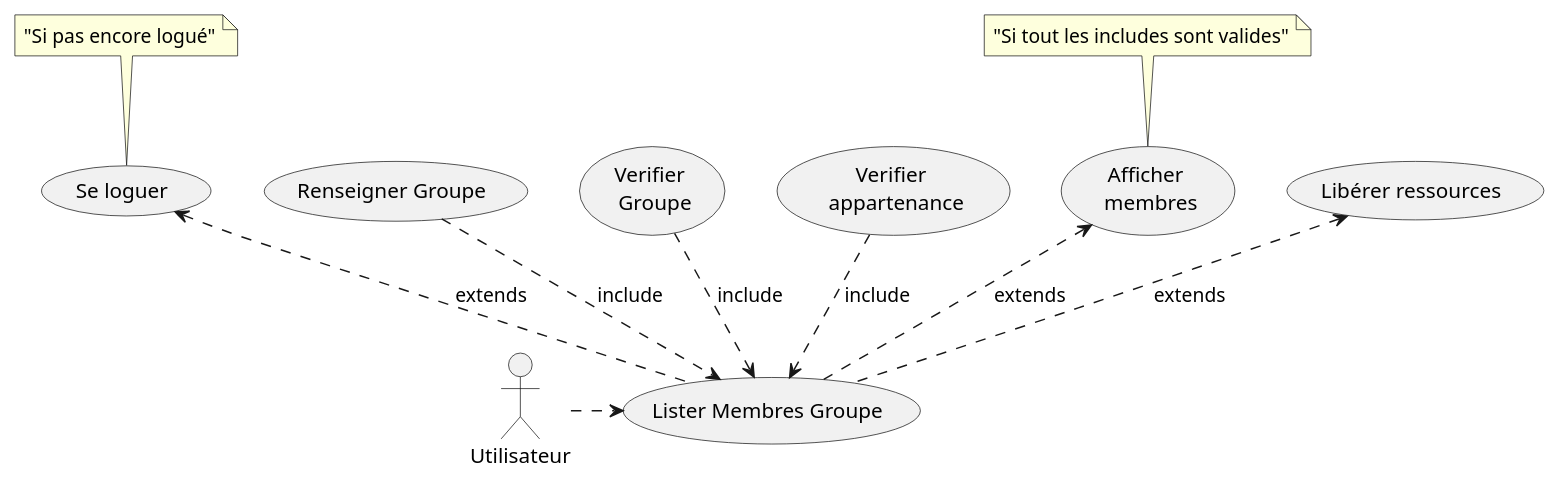
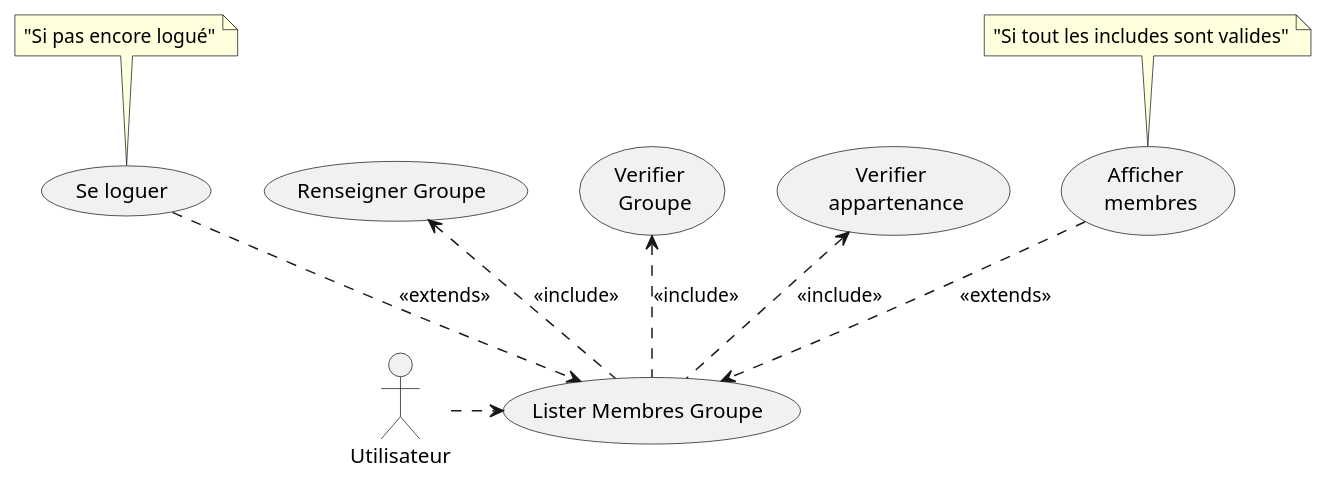
One commit to clementfvrl/projet_linux changed the diagram in docs/use_cases/ListerMembresGroupe.puml. Above: the diagram before and after it, drawn with PlantUML. The commit also changed 10 other files, not shown here.

```diff
--- a/docs/use_cases/ListerMembresGroupe.puml
+++ b/docs/use_cases/ListerMembresGroupe.puml
@@ -1,18 +1,17 @@
 @startuml
 
 actor Utilisateur as User
 
-(Se loguer) <.. (Lister Membres Groupe) : extends
+(Se loguer) ..> (Lister Membres Groupe) : << extends >>
 
 note top of (Se loguer) : "Si pas encore logué"
 
 (User) .> (Lister Membres Groupe)
 
-(Renseigner Groupe) ..> (Lister Membres Groupe) : include
-(Verifier \n Groupe) ..> (Lister Membres Groupe) : include
-(Verifier \n appartenance)..>(Lister Membres Groupe) : include
-(Afficher \n membres) <.. (Lister Membres Groupe) : extends
+(Renseigner Groupe) <.. (Lister Membres Groupe) : << include >>
+(Verifier \n Groupe) <.. (Lister Membres Groupe) : << include >>
+(Verifier \n appartenance) <.. (Lister Membres Groupe) : << include >>
+(Afficher \n membres) ..> (Lister Membres Groupe) : << extends >>
 note top of  (Afficher \n membres) : "Si tout les includes sont valides"
-(Libérer ressources) <.. (Lister Membres Groupe) : extends
 
 @enduml
```
